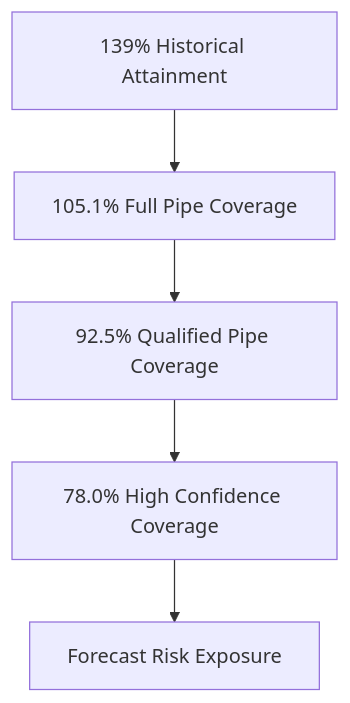
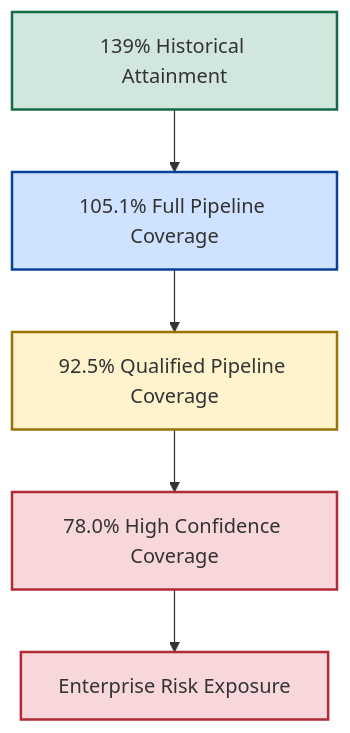
One commit to AwesomeAnil/newbridge-saas-operating-system changed the second of 3 diagrams in docs/index.md. Above: the diagram before and after it, drawn with Mermaid. The commit also changed other lines of this file and 2 other files, not shown here.

````diff
--- a/docs/index.md
+++ b/docs/index.md
@@ -98,13 +136,19 @@
 ```mermaid
 flowchart TD
 
-A[139% Historical Attainment]
+A["139% Historical Attainment"]
 
-A --> B[105.1% Full Pipe Coverage]
+A --> B["105.1% Full Pipeline Coverage"]
 
-B --> C[92.5% Qualified Pipe Coverage]
+B --> C["92.5% Qualified Pipeline Coverage"]
 
-C --> D[78.0% High Confidence Coverage]
+C --> D["78.0% High Confidence Coverage"]
 
-D --> E[Forecast Risk Exposure]
+D --> E["Enterprise Risk Exposure"]
+
+style A fill:#d1e7dd,stroke:#146c43,stroke-width:2px
+style B fill:#cfe2ff,stroke:#084298,stroke-width:2px
+style C fill:#fff3cd,stroke:#997404,stroke-width:2px
+style D fill:#f8d7da,stroke:#b02a37,stroke-width:2px
+style E fill:#f8d7da,stroke:#b02a37,stroke-width:2px
 ```
````
